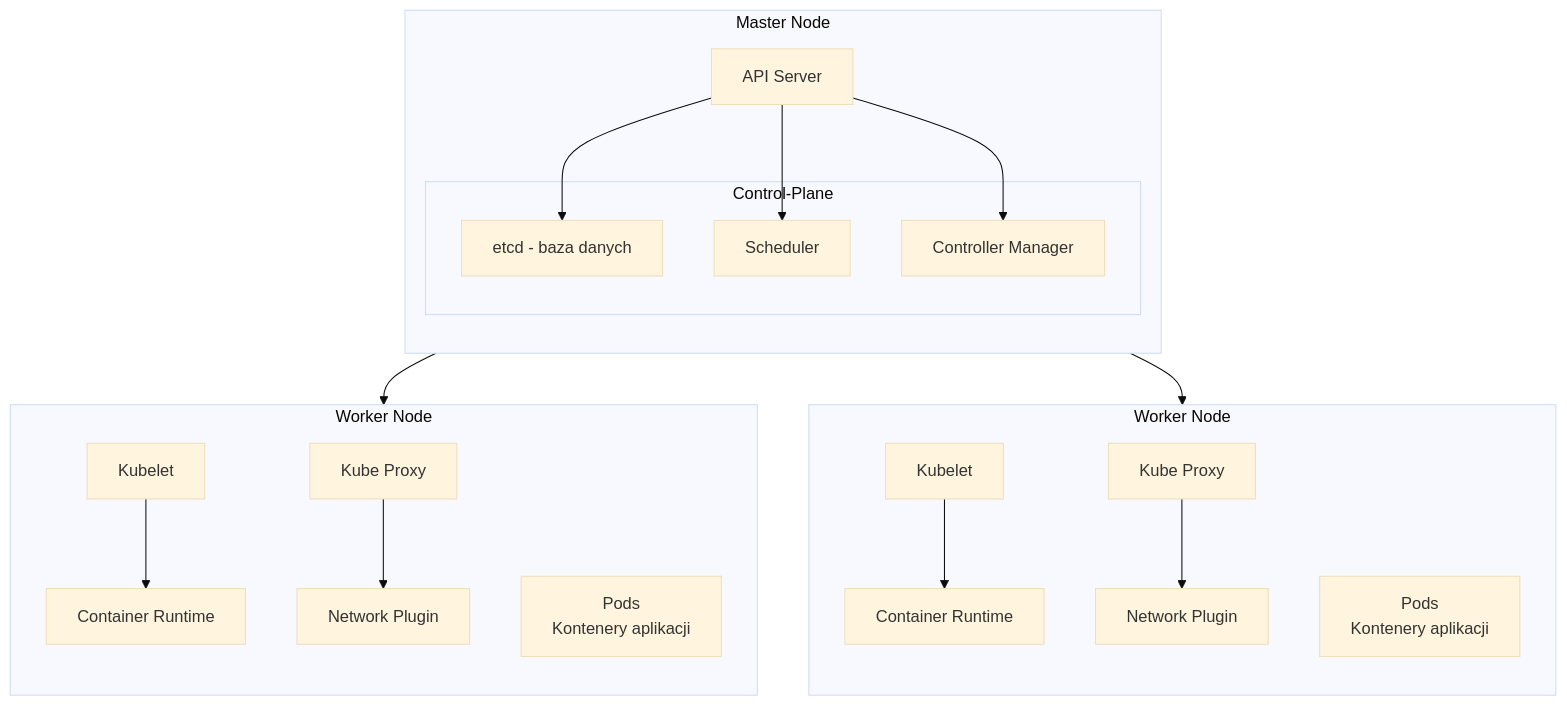
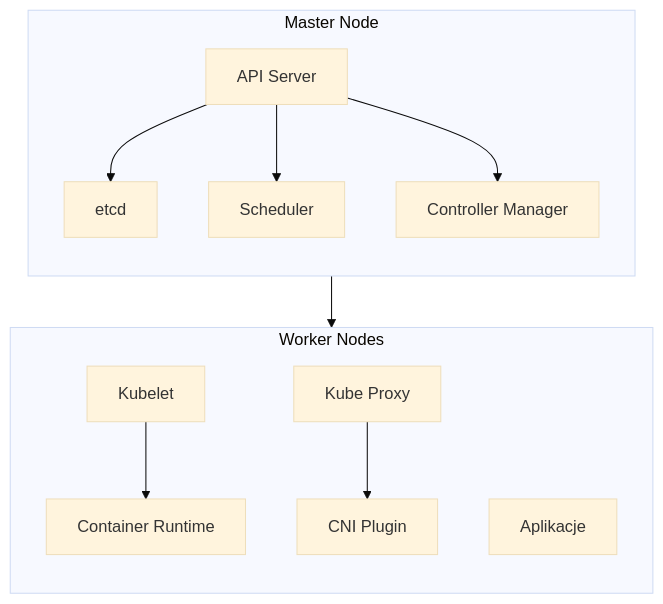
The diagram in README.md (DevOpsTerminal/kubernetes), drawn with Mermaid (base theme) before and after one commit. The commit also changed other lines of this file and 9 other files, not shown here.

````diff
--- a/README.md
+++ b/README.md
@@ -122,33 +88,18 @@
 ```mermaid
 flowchart TB
     subgraph Master[Master Node]
         direction TB
-        API[API Server] --> ETCD[etcd - baza danych]
-        API --> Scheduler[Scheduler]
+        API[API Server] --> ETCD[etcd]
+        API --> Scheduler
         API --> CM[Controller Manager]
-        
-        subgraph Control-Plane
-            Scheduler
-            CM
-            ETCD
-        end
     end
 
-    subgraph Worker1[Worker Node]
+    subgraph Worker[Worker Nodes]
         direction TB
-        Kubelet1[Kubelet] --> Docker1[Container Runtime]
-        KubeProxy1[Kube Proxy] --> Network1[Network Plugin]
-        Pods1[Pods\nKontenery aplikacji]
+        Kubelet --> Runtime[Container Runtime]
+        KubeProxy[Kube Proxy] --> Network[CNI Plugin]
+        Pods[Aplikacje]
     end
 
-    subgraph Worker2[Worker Node]
-        direction TB
-        Kubelet2[Kubelet] --> Docker2[Container Runtime]
-        KubeProxy2[Kube Proxy] --> Network2[Network Plugin]
-        Pods2[Pods\nKontenery aplikacji]
-    end
-
-    Master --> Worker1
-    Master --> Worker2
-
+    Master --> Worker
 ```
````
